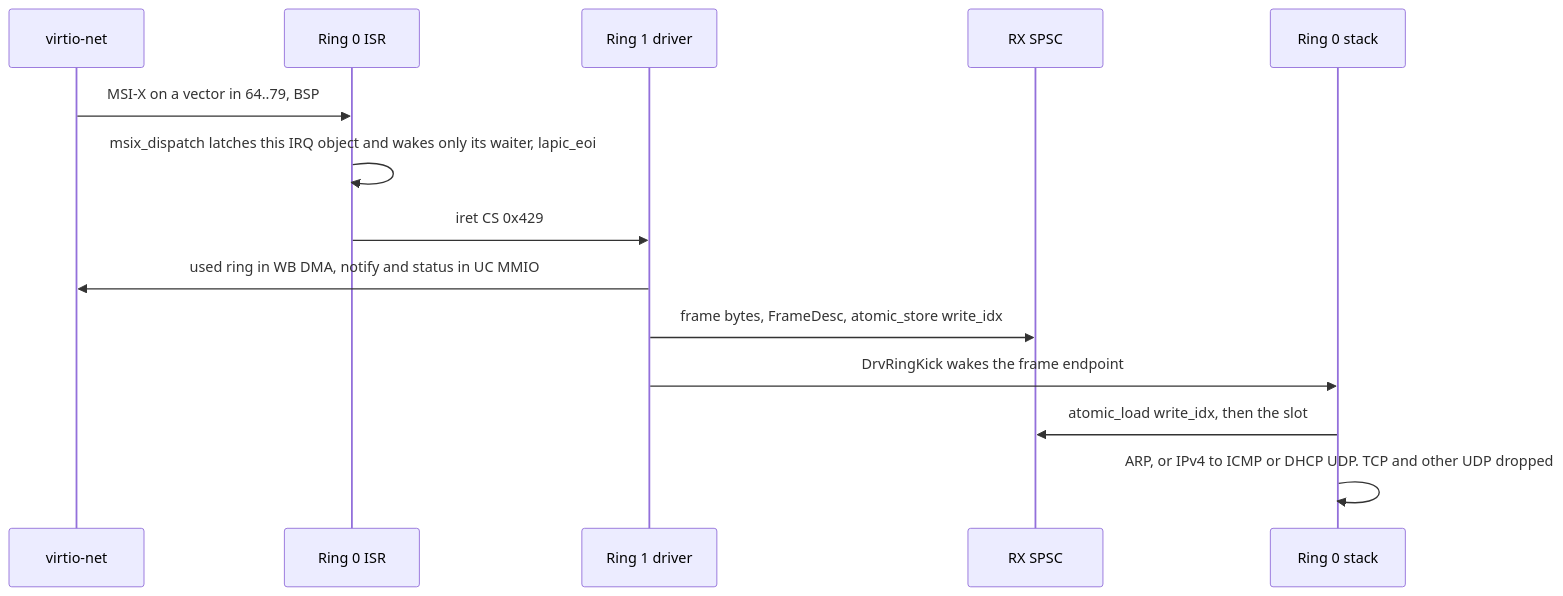
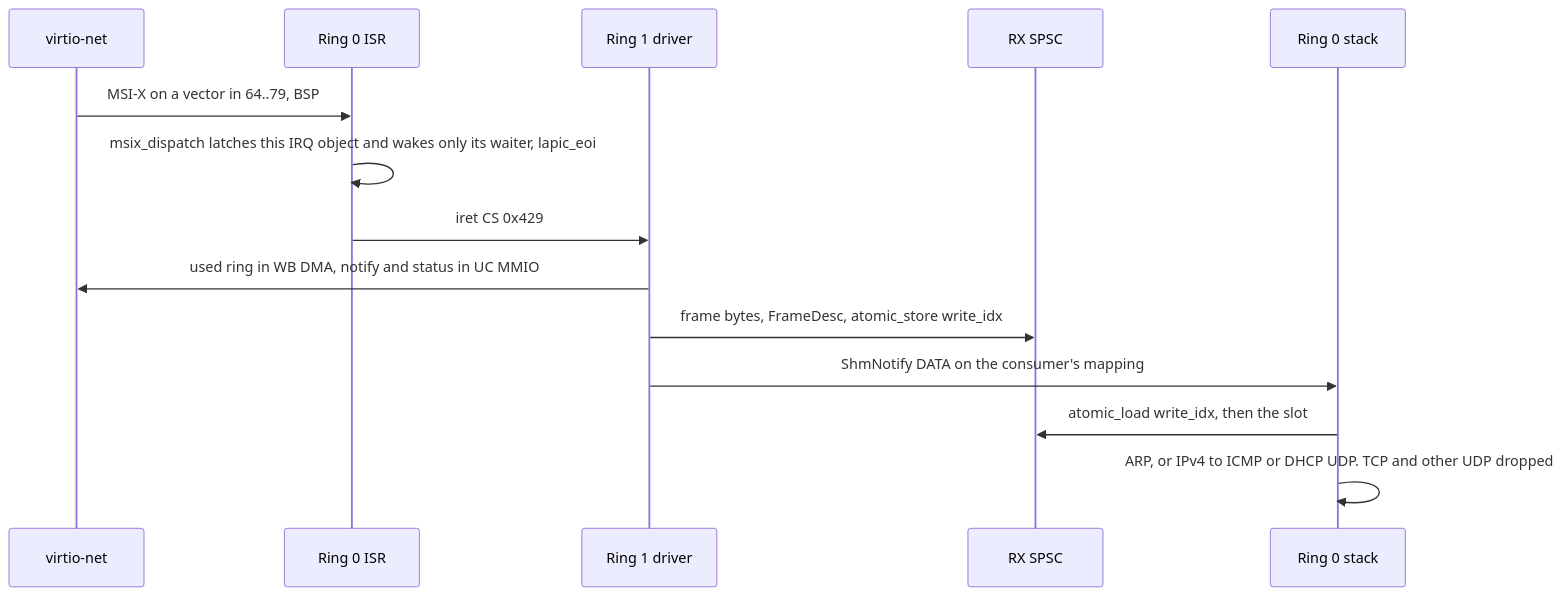
Before and after one commit to ritz-lang/rz: the second of 2 diagrams in projects/harland/docs/RING1_DRIVER.md, drawn with Mermaid. The commit also changed other lines of this file and 4 other files, not shown here.

````diff
--- a/projects/harland/docs/RING1_DRIVER.md
+++ b/projects/harland/docs/RING1_DRIVER.md
@@ -629,17 +677,17 @@
 ```mermaid
 sequenceDiagram
   participant Dev as virtio-net
   participant Isr as Ring 0 ISR
   participant Drv as Ring 1 driver
   participant Q as RX SPSC
   participant Ip as Ring 0 stack
 
   Dev->>Isr: MSI-X on a vector in 64..79, BSP
   Isr->>Isr: msix_dispatch latches this IRQ object and wakes only its waiter, lapic_eoi
   Isr->>Drv: iret CS 0x429
   Drv->>Dev: used ring in WB DMA, notify and status in UC MMIO
   Drv->>Q: frame bytes, FrameDesc, atomic_store write_idx
-  Drv->>Ip: DrvRingKick wakes the frame endpoint
+  Drv->>Ip: ShmNotify DATA on the consumer's mapping
   Ip->>Q: atomic_load write_idx, then the slot
   Ip->>Ip: ARP, or IPv4 to ICMP or DHCP UDP. TCP and other UDP dropped
 ```
````
